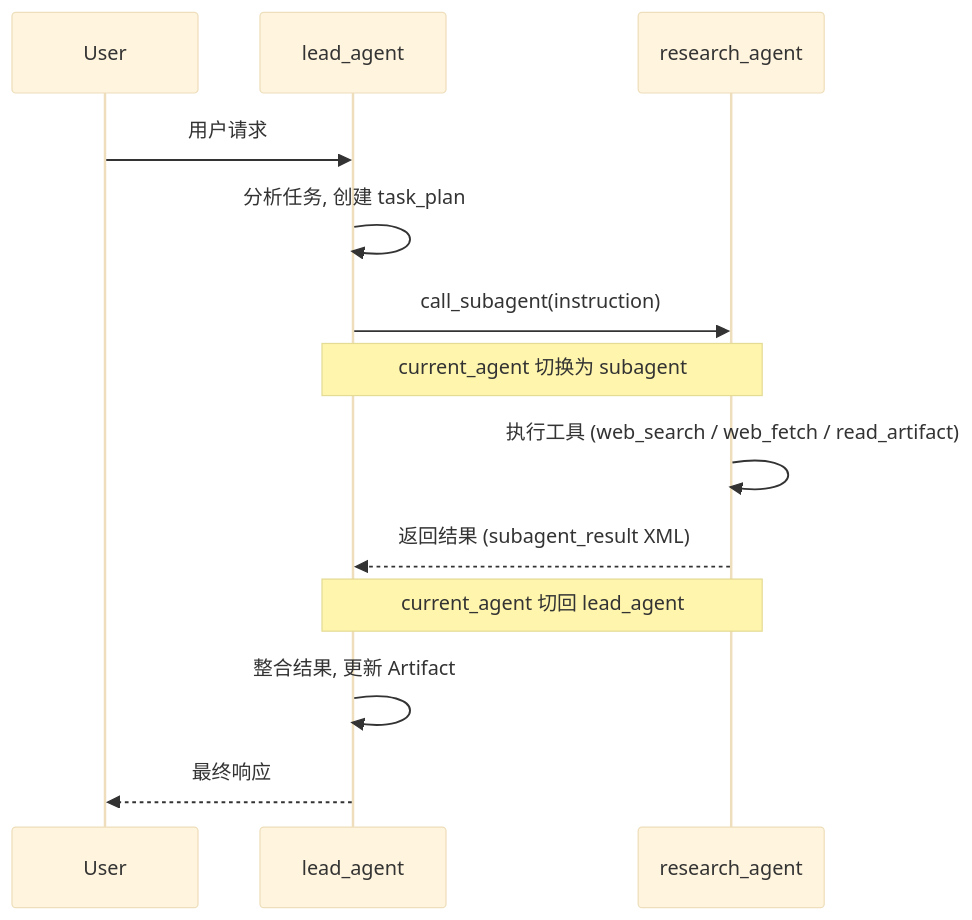
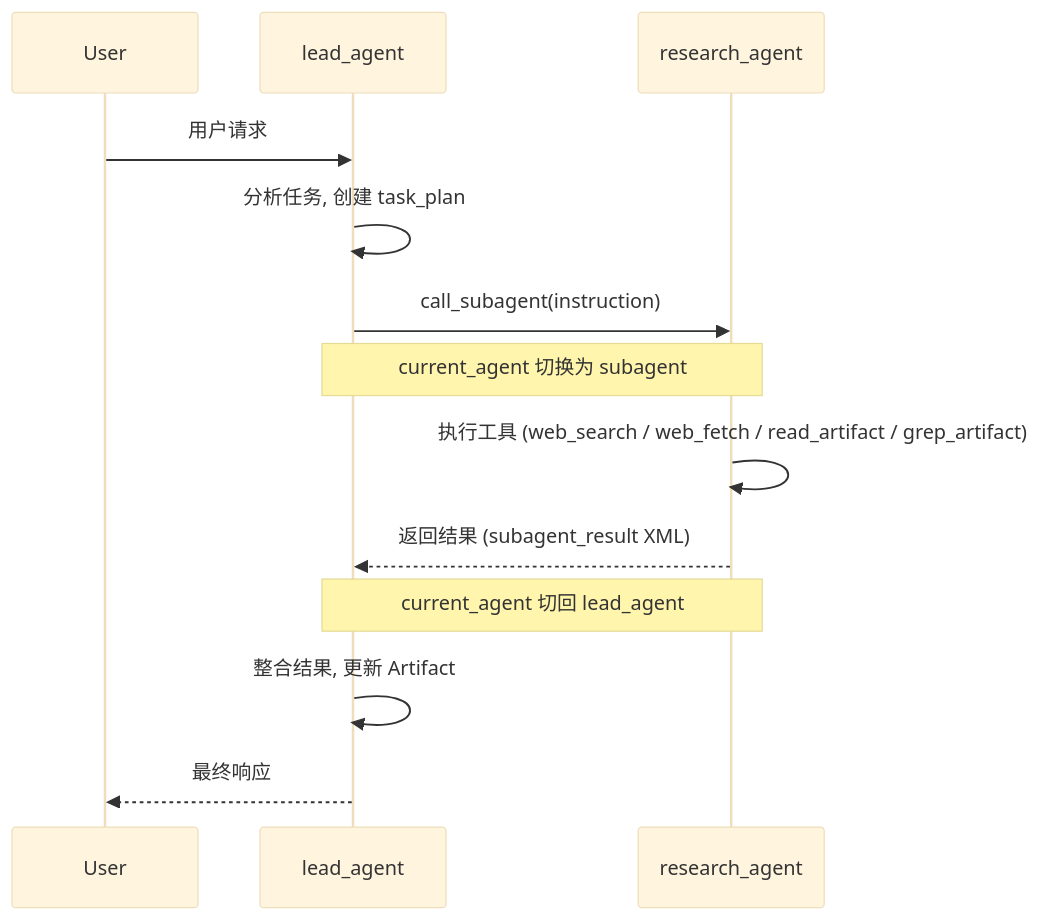
Before and after one commit to Neutrino1998/artifact-flow: the diagram in docs/architecture/agents.md, drawn with Mermaid (base theme). The commit also changed other lines of this file and 10 other files, not shown here.

First line of the commit message:
docs: sync agent inventory, grep_artifact, read pagination, tool persist

````diff
--- a/docs/architecture/agents.md
+++ b/docs/architecture/agents.md
@@ -132,19 +135,19 @@
 ```mermaid
 sequenceDiagram
     participant User
     participant Lead as lead_agent
     participant Sub as research_agent
 
     User->>Lead: 用户请求
     Lead->>Lead: 分析任务, 创建 task_plan
 
     Lead->>Sub: call_subagent(instruction)
     Note over Lead,Sub: current_agent 切换为 subagent
 
-    Sub->>Sub: 执行工具 (web_search / web_fetch / read_artifact)
+    Sub->>Sub: 执行工具 (web_search / web_fetch / read_artifact / grep_artifact)
     Sub-->>Lead: 返回结果 (subagent_result XML)
     Note over Lead,Sub: current_agent 切回 lead_agent
 
     Lead->>Lead: 整合结果, 更新 Artifact
     Lead-->>User: 最终响应
 ```
````
